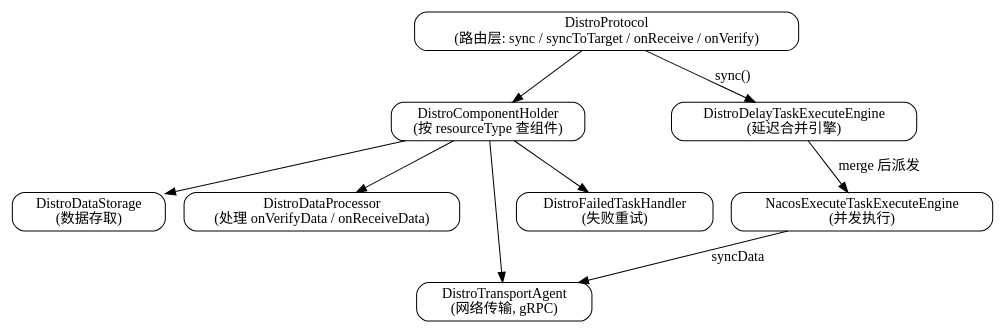
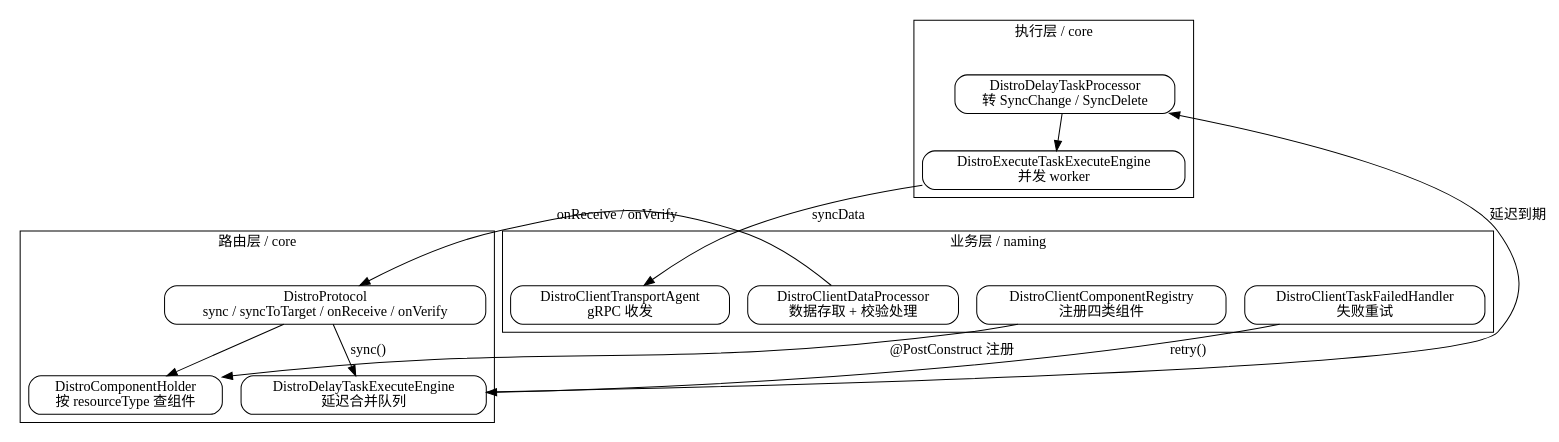
One commit to Robinpig/Note changed the diagram in docs/CS/Framework/nacos/distro.md. Above: the diagram before and after it, drawn with Graphviz. The commit also changed other lines of this file and 148 other files, not shown here.

````diff
--- a/docs/CS/Framework/nacos/distro.md
+++ b/docs/CS/Framework/nacos/distro.md
@@ -26,20 +28,36 @@
 ```dot
-digraph distro {
+digraph DistroArch {
   rankdir=TB;
   node [shape=box, style=rounded];
-  DP  [label="DistroProtocol\n(路由层: sync / syncToTarget / onReceive / onVerify)"];
-  CH  [label="DistroComponentHolder\n(按 resourceType 查组件)"];
-  DS  [label="DistroDataStorage\n(数据存取)"];
-  DP2 [label="DistroDataProcessor\n(处理 onVerifyData / onReceiveData)"];
-  TA  [label="DistroTransportAgent\n(网络传输, gRPC)"];
-  FH  [label="DistroFailedTaskHandler\n(失败重试)"];
-  TE  [label="DistroDelayTaskExecuteEngine\n(延迟合并引擎)"];
-  EW  [label="NacosExecuteTaskExecuteEngine\n(并发执行)"];
 
-  DP -> CH;
-  CH -> DS; CH -> DP2; CH -> TA; CH -> FH;
-  DP -> TE [label="sync()"];
-  TE -> EW [label="merge 后派发"];
-  EW -> TA [label="syncData"];
+  subgraph cluster_dispatch {
+    label="路由层 / core";
+    dp [label="DistroProtocol\nsync / syncToTarget / onReceive / onVerify"];
+    ch [label="DistroComponentHolder\n按 resourceType 查组件"];
+    te [label="DistroDelayTaskExecuteEngine\n延迟合并队列"];
+  }
+
+  subgraph cluster_execute {
+    label="执行层 / core";
+    pr [label="DistroDelayTaskProcessor\n转 SyncChange / SyncDelete"];
+    ew [label="DistroExecuteTaskExecuteEngine\n并发 worker"];
+  }
+
+  subgraph cluster_biz {
+    label="业务层 / naming";
+    rg [label="DistroClientComponentRegistry\n注册四类组件"];
+    da [label="DistroClientDataProcessor\n数据存取 + 校验处理"];
+    ta [label="DistroClientTransportAgent\ngRPC 收发"];
+    fh [label="DistroClientTaskFailedHandler\n失败重试"];
+  }
+
+  rg -> ch [label="@PostConstruct 注册"];
+  dp -> ch;
+  dp -> te [label="sync()"];
+  te -> pr [label="延迟到期"];
+  pr -> ew;
+  ew -> ta [label="syncData"];
+  da -> dp [label="onReceive / onVerify"];
+  fh -> te [label="retry()"];
 }
 ```
````
